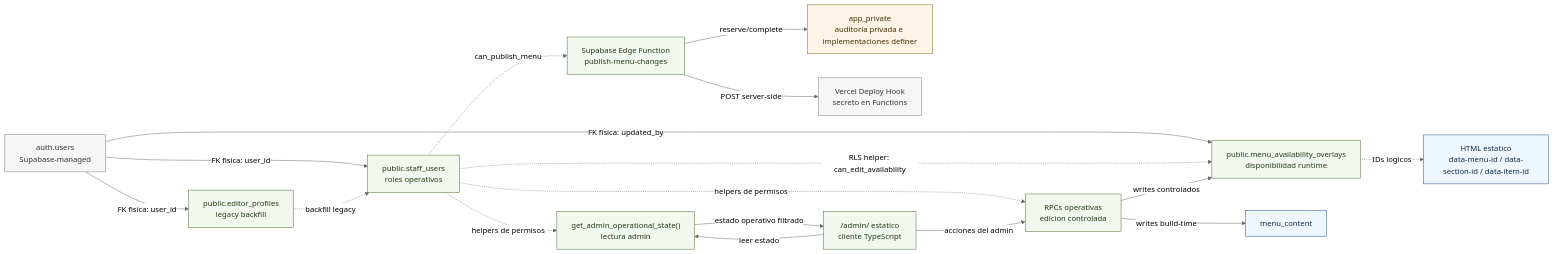
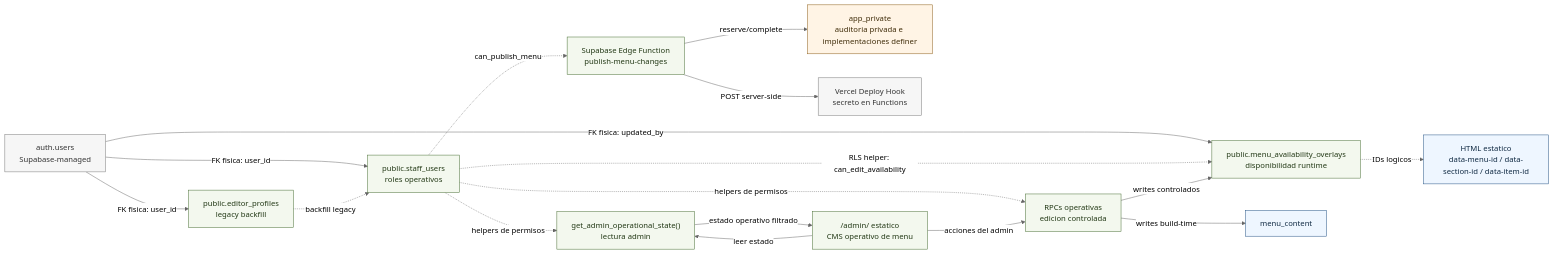
The third of 3 diagrams in docs/supabase/schema-diagram.md (materamos/ElFaraonCatering), drawn with Mermaid (neutral theme) before and after one commit. The commit also changed other lines of this file and 3 other files, not shown here.

Commit message:
docs: clarify operational menu CMS scope

````diff
--- a/docs/supabase/schema-diagram.md
+++ b/docs/supabase/schema-diagram.md
@@ -187,41 +187,41 @@
 ```mermaid
 flowchart LR
   AUTH_USERS["auth.users<br/>Supabase-managed"]
   STAFF["public.staff_users<br/>roles operativos"]
   EDITORS["public.editor_profiles<br/>legacy backfill"]
   OVERLAYS["public.menu_availability_overlays<br/>disponibilidad runtime"]
   READ_RPC["get_admin_operational_state()<br/>lectura admin"]
   WRITE_RPCS["RPCs operativas<br/>edicion controlada"]
   EDGE["Supabase Edge Function<br/>publish-menu-changes"]
   PRIVATE["app_private<br/>auditoria privada e implementaciones definer"]
   VERCEL["Vercel Deploy Hook<br/>secreto en Functions"]
-  ADMIN_UI["/admin/ estatico<br/>cliente TypeScript"]
+  ADMIN_UI["/admin/ estatico<br/>CMS operativo de menu"]
   STATIC["HTML estatico<br/>data-menu-id / data-section-id / data-item-id"]
 
   AUTH_USERS -->|"FK fisica: user_id"| STAFF
   AUTH_USERS -->|"FK fisica: user_id"| EDITORS
   AUTH_USERS -->|"FK fisica: updated_by"| OVERLAYS
   EDITORS -. "backfill legacy" .-> STAFF
   STAFF -. "RLS helper: can_edit_availability" .-> OVERLAYS
   STAFF -. "helpers de permisos" .-> READ_RPC
   STAFF -. "helpers de permisos" .-> WRITE_RPCS
   STAFF -. "can_publish_menu" .-> EDGE
   ADMIN_UI -->|"leer estado"| READ_RPC
   ADMIN_UI -->|"acciones del admin"| WRITE_RPCS
   READ_RPC -->|"estado operativo filtrado"| ADMIN_UI
   WRITE_RPCS -->|"writes controlados"| OVERLAYS
   WRITE_RPCS -->|"writes build-time"| MENU_CONTENT["menu_content"]
   EDGE -->|"reserve/complete"| PRIVATE
   EDGE -->|"POST server-side"| VERCEL
   OVERLAYS -. "IDs logicos" .-> STATIC
 
   classDef runtime fill:#f3f8ee,stroke:#446b2f,color:#223815;
   classDef structural fill:#eef6ff,stroke:#1f4f82,color:#102a43;
   classDef private fill:#fff4e5,stroke:#8a5a13,color:#3f2c09;
   classDef platform fill:#f6f6f6,stroke:#777,color:#333;
 
   class STAFF,EDITORS,OVERLAYS,READ_RPC,WRITE_RPCS,EDGE,ADMIN_UI runtime;
   class STATIC,MENU_CONTENT structural;
   class PRIVATE private;
   class AUTH_USERS,VERCEL platform;
 ```
````
